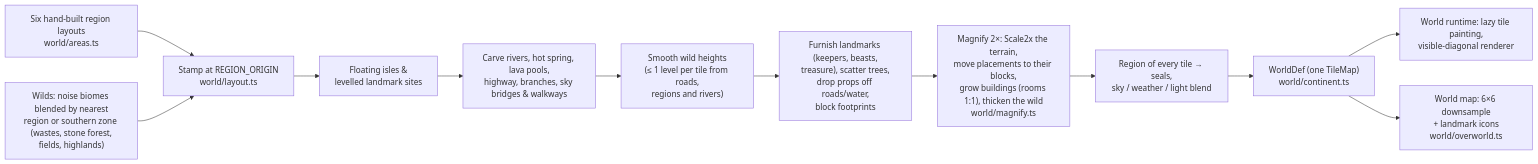
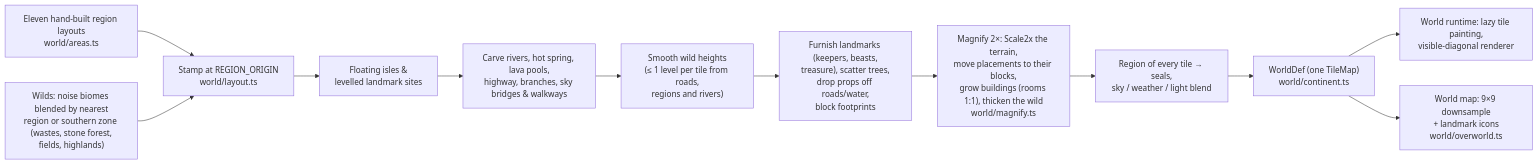
One commit to jgyy/pixelop changed diagram 11 of 17 in README.md. Above: the diagram before and after it, drawn with Mermaid. The commit also changed other lines of this file and 58 other files, not shown here.

````diff
--- a/README.md
+++ b/README.md
@@ -363,14 +453,14 @@
 ```mermaid
 flowchart LR
-  A["Six hand-built region layouts<br/>world/areas.ts"] --> S["Stamp at REGION_ORIGIN<br/>world/layout.ts"]
+  A["Eleven hand-built region layouts<br/>world/areas.ts"] --> S["Stamp at REGION_ORIGIN<br/>world/layout.ts"]
   N["Wilds: noise biomes blended by nearest<br/>region or southern zone (wastes, stone forest,<br/>fields, highlands)"] --> S
   S --> I["Floating isles &<br/>levelled landmark sites"]
   I --> C["Carve rivers, hot spring, lava pools,<br/>highway, branches, sky bridges & walkways"]
   C --> L["Smooth wild heights<br/>(≤ 1 level per tile from roads,<br/>regions and rivers)"]
   L --> P["Furnish landmarks (keepers, beasts,<br/>treasure), scatter trees,<br/>drop props off roads/water,<br/>block footprints"]
   P --> X["Magnify 2×: Scale2x the terrain,<br/>move placements to their blocks,<br/>grow buildings (rooms 1:1), thicken the wild<br/>world/magnify.ts"]
   X --> R["Region of every tile → seals,<br/>sky / weather / light blend"]
   R --> W["WorldDef (one TileMap)<br/>world/continent.ts"]
   W --> RT["World runtime: lazy tile painting,<br/>visible-diagonal renderer"]
-  W --> M["World map: 6×6 downsample<br/>+ landmark icons<br/>world/overworld.ts"]
+  W --> M["World map: 9×9 downsample<br/>+ landmark icons<br/>world/overworld.ts"]
 ```
````
